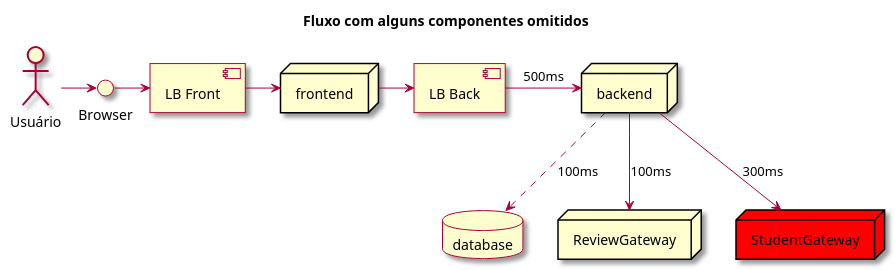
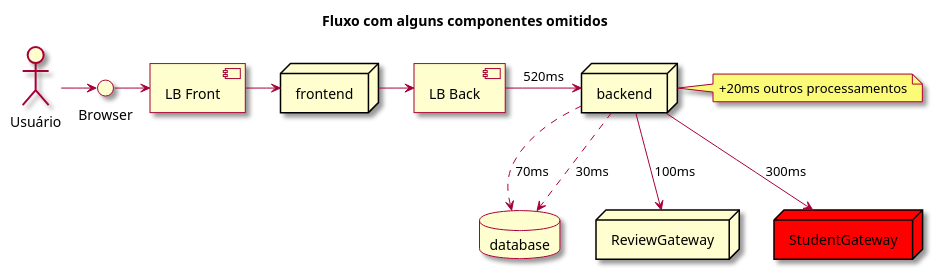
Before and after one commit to charlesardsilva/lecture-cache-content: the diagram in docs/diagrams/request-sem-cdn.plantuml, drawn with PlantUML. The commit also changed 2 other files, not shown here.

Commit message:
Change diagram

```diff
--- a/docs/diagrams/request-sem-cdn.plantuml
+++ b/docs/diagrams/request-sem-cdn.plantuml
@@ -1,26 +1,28 @@
 @startuml
 
 skin rose
 
 Title: Fluxo com alguns componentes omitidos
 
 component "LB Front" as LBF
 component "LB Back" as LBB
 actor "Usuário" as actor
 database database
 interface "Browser" as browser
 node frontend
 node backend
 node reviewGateway as "ReviewGateway"
 node studentGateway as "StudentGateway" #red
 
 actor -> browser
 browser -> LBF
 LBF -> frontend
 frontend -> LBB
-LBB -> backend : 500ms
+LBB -> backend : 520ms
+note right of backend: +20ms outros processamentos
 backend --> reviewGateway: 100ms
 backend --> studentGateway : 300ms
-backend ..> database: 100ms
+backend ..> database: 70ms
+backend ..> database: 30ms
 
 @enduml
```
